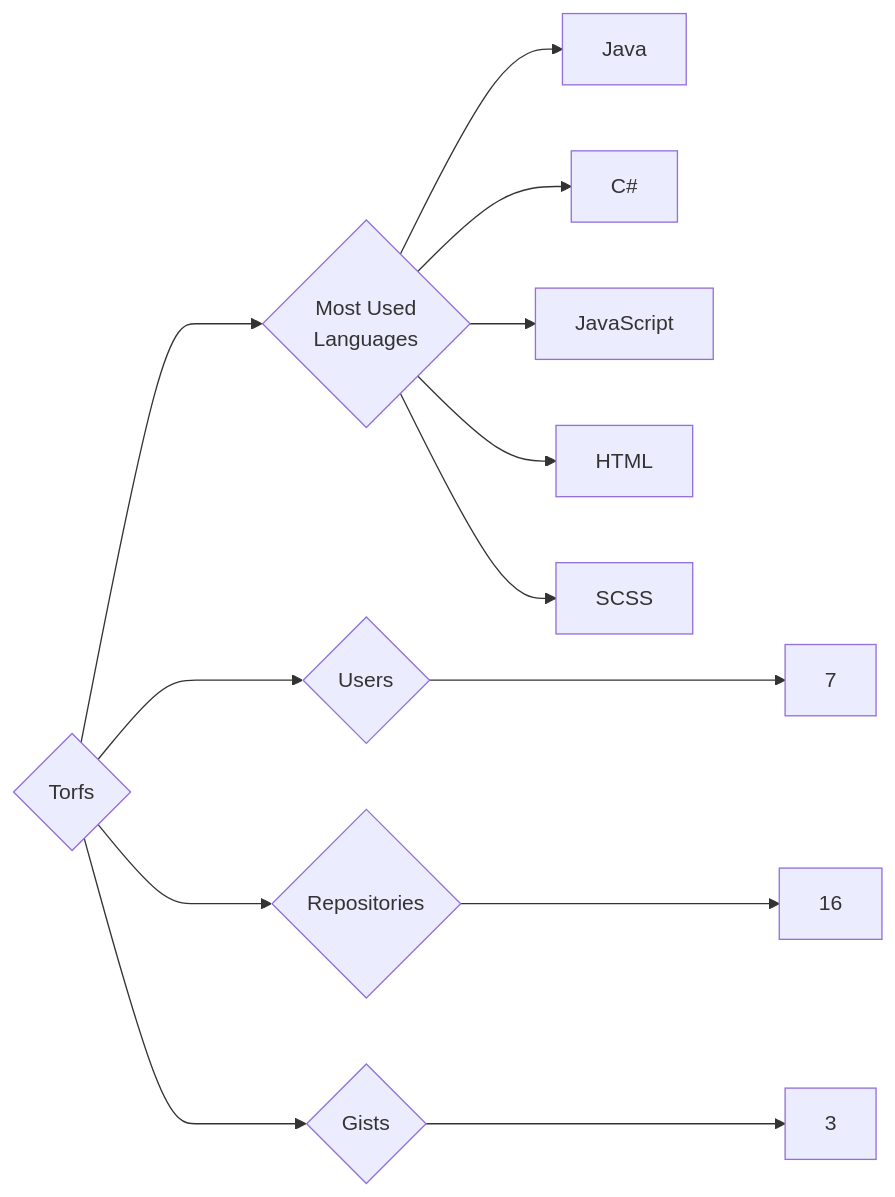
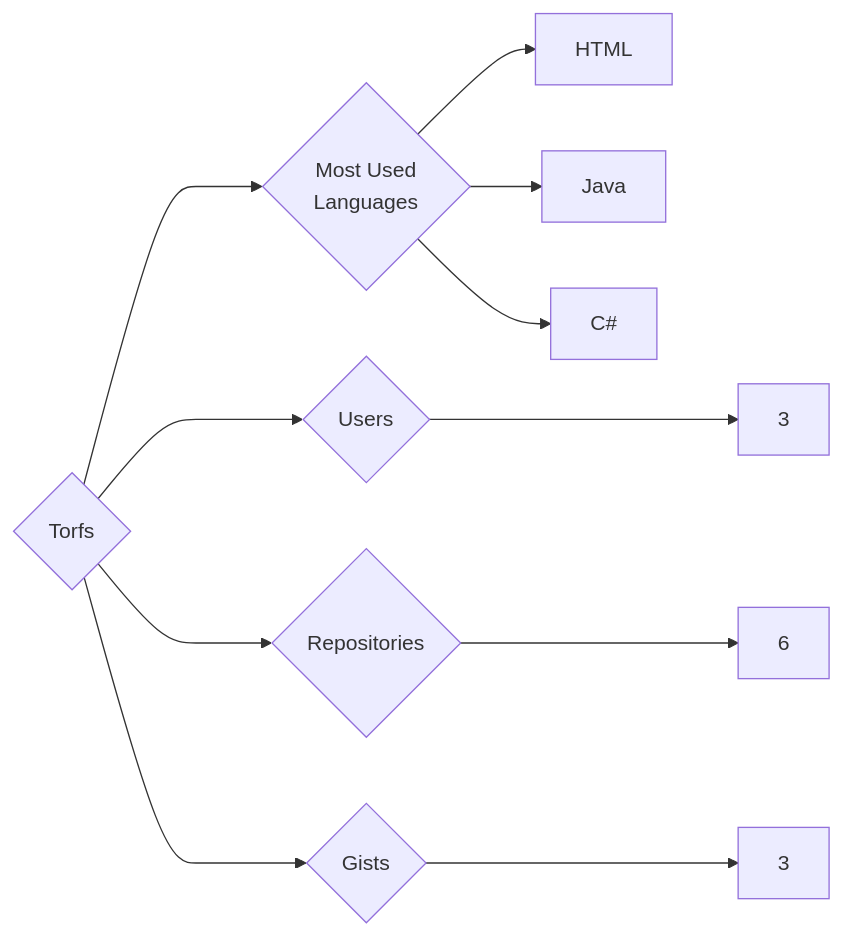
Before and after one commit to trickest/insiders: the diagram in targets/Torfs/README.md, drawn with Mermaid. The commit also changed 695 other files, not shown here.

````diff
--- a/targets/Torfs/README.md
+++ b/targets/Torfs/README.md
@@ -3,13 +3,11 @@
 ```mermaid
 graph LR
 COMPANY_NAME{Torfs}
-COMPANY_NAME ---> U{Users} ---> UN[7]
-COMPANY_NAME ---> R{Repositories} ---> RN[16]
+COMPANY_NAME ---> U{Users} ---> UN[3]
+COMPANY_NAME ---> R{Repositories} ---> RN[6]
 COMPANY_NAME ---> G{Gists} ---> GN[3]
 COMPANY_NAME ---> ML{Most Used<br>Languages}
+ML --> HTML[HTML]
 ML --> Java[Java]
 ML --> C#[C#]
-ML --> JavaScript[JavaScript]
-ML --> HTML[HTML]
-ML --> SCSS[SCSS]
 ```
````
